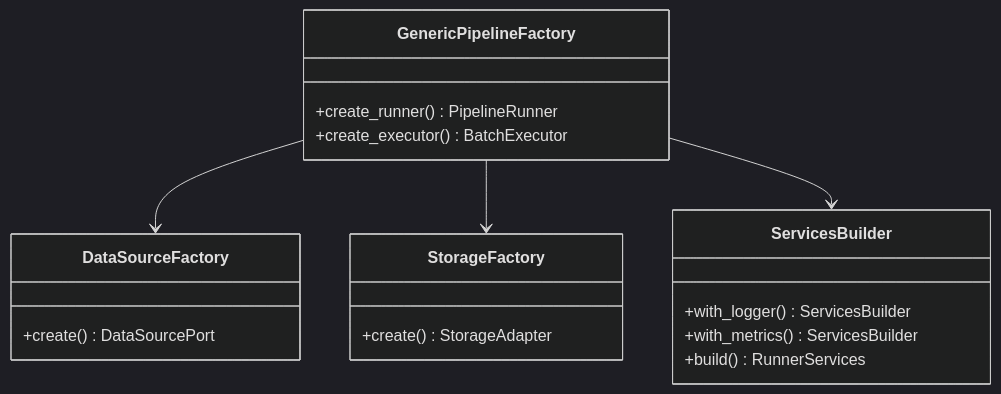
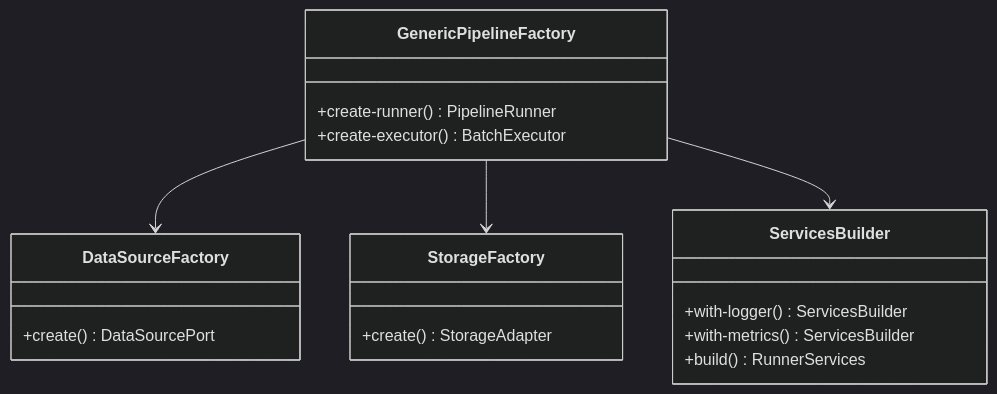
One commit to SatoryKono/BioactivityDataAcquisition changed the diagram in docs/04-reference/api/composition/factories.md. Above: the diagram before and after it, drawn with Mermaid (dark theme). The commit also changed other lines of this file and 311 other files, not shown here.

````diff
--- a/docs/04-reference/api/composition/factories.md
+++ b/docs/04-reference/api/composition/factories.md
@@ -234,25 +234,25 @@
 ```mermaid
 classDiagram
     class GenericPipelineFactory {
-        +create_runner() PipelineRunner
-        +create_executor() BatchExecutor
+        +create-runner() PipelineRunner
+        +create-executor() BatchExecutor
     }
 
     class DataSourceFactory {
         +create() DataSourcePort
     }
 
     class StorageFactory {
         +create() StorageAdapter
     }
 
     class ServicesBuilder {
-        +with_logger() ServicesBuilder
-        +with_metrics() ServicesBuilder
+        +with-logger() ServicesBuilder
+        +with-metrics() ServicesBuilder
         +build() RunnerServices
     }
 
     GenericPipelineFactory --> DataSourceFactory
     GenericPipelineFactory --> StorageFactory
     GenericPipelineFactory --> ServicesBuilder
 ```
````
